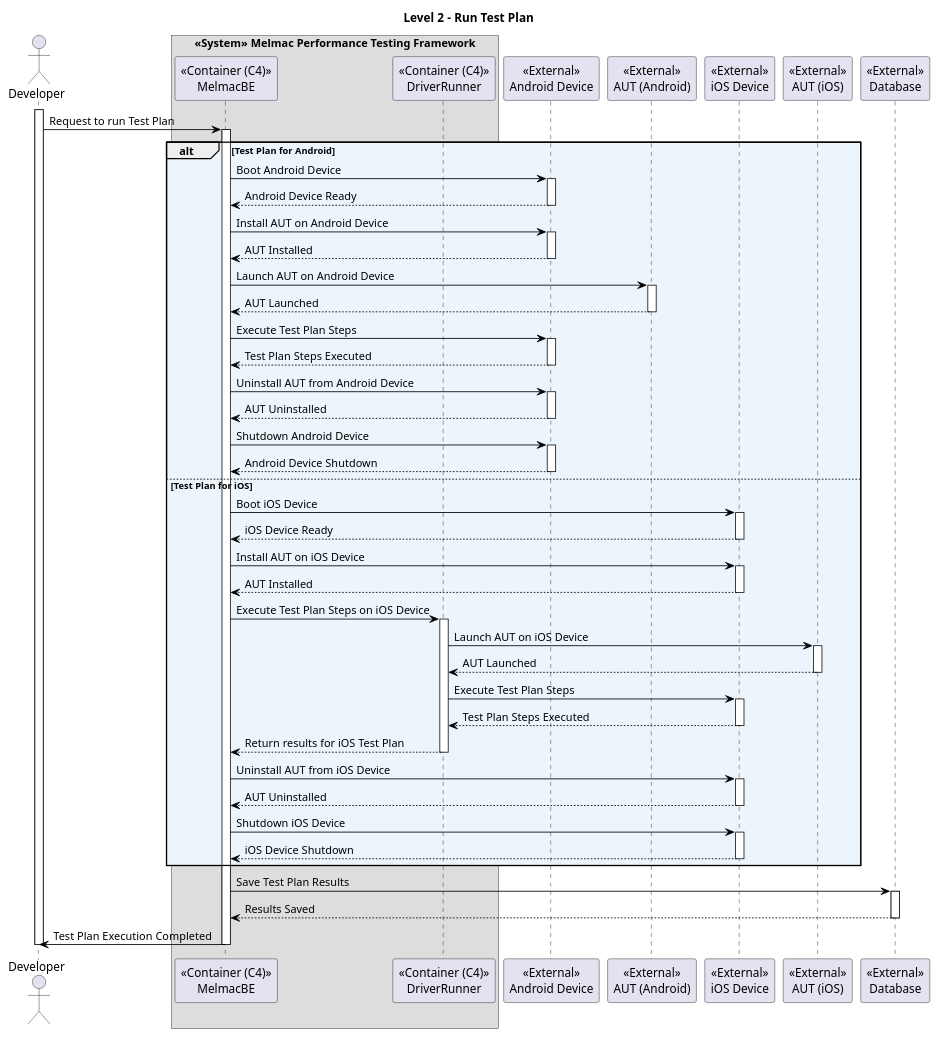
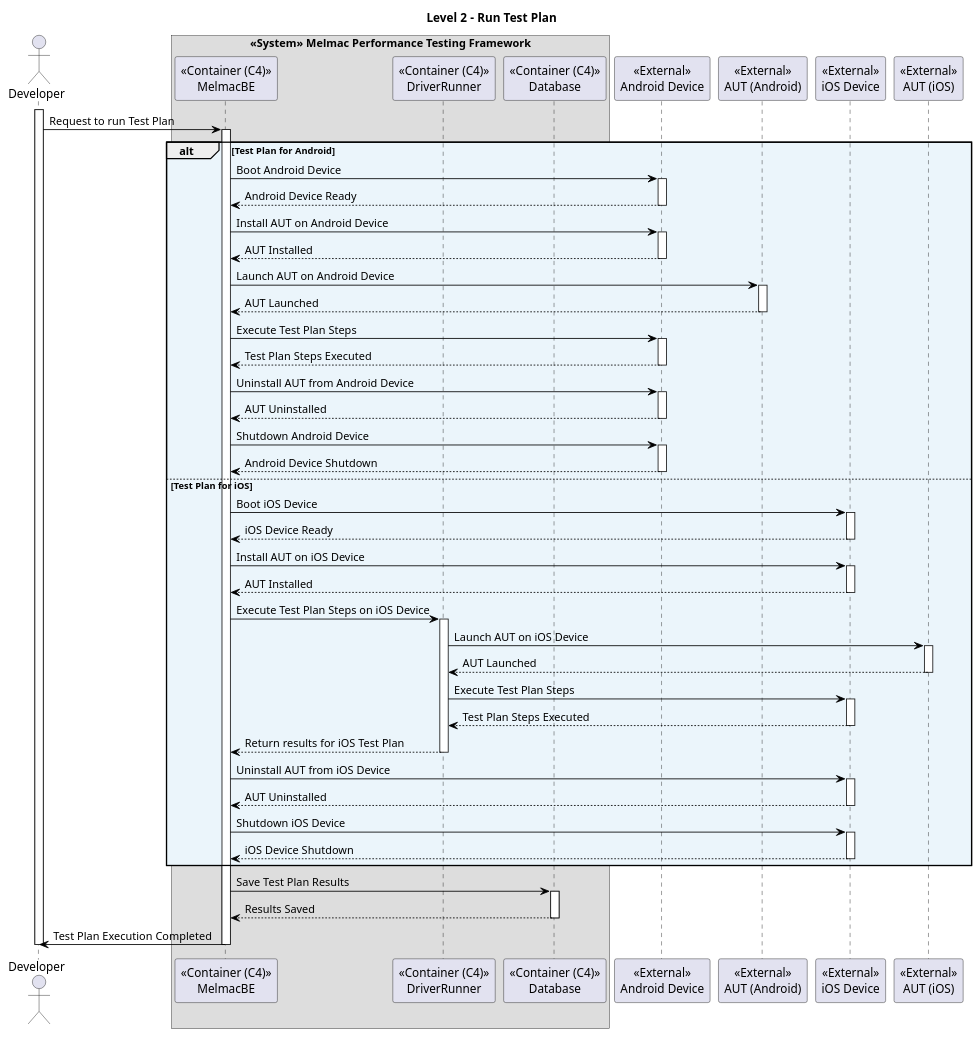
Before and after one commit to Mindera/Alfie-Melmac-Performance-Testing: the diagram in docs/use-cases/UC04/puml/L2-PV-UC04.puml, drawn with PlantUML. The commit also changed 31 other files, not shown here.

```diff
--- a/docs/use-cases/UC04/puml/L2-PV-UC04.puml
+++ b/docs/use-cases/UC04/puml/L2-PV-UC04.puml
@@ -1,97 +1,97 @@
 @startuml L2-PV-UC04
 
 title Level 2 - Run Test Plan
 
 hide empty members
 
 skinparam class {
     BackgroundColor<<valueObject>> #D6EAF8
     BackgroundColor<<root>> #FDEBD0
     BackgroundColor<<service>> #D1F2EB
     BackgroundColor #FEF9E7
     ArrowColor Black
 }
 
 skinparam package {
     BackgroundColor #EBF5FB
 }
 
 actor Developer as D
 
 box "<<System>> Melmac Performance Testing Framework"
     participant "<<Container (C4)>>\nMelmacBE" as BE
     participant "<<Container (C4)>>\nDriverRunner" as DriverRunner
+    participant "<<Container (C4)>>\nDatabase" as DB
 end box
 
 participant "<<External>>\nAndroid Device" as AndroidDevice
 participant "<<External>>\nAUT (Android)" as AUTA
 participant "<<External>>\niOS Device" as iOSDevice
 participant "<<External>>\nAUT (iOS)" as AUTI
-participant "<<External>>\nDatabase" as DB
 
 activate D
 D -> BE: Request to run Test Plan
 activate BE
 alt Test Plan for Android
     BE -> AndroidDevice: Boot Android Device
     activate AndroidDevice
     AndroidDevice --> BE: Android Device Ready
     deactivate AndroidDevice
     BE -> AndroidDevice: Install AUT on Android Device
     activate AndroidDevice
     AndroidDevice --> BE: AUT Installed
     deactivate AndroidDevice
     BE -> AUTA: Launch AUT on Android Device
     activate AUTA
     AUTA --> BE: AUT Launched
     deactivate AUTA
     BE -> AndroidDevice: Execute Test Plan Steps
     activate AndroidDevice
     AndroidDevice --> BE: Test Plan Steps Executed
     deactivate AndroidDevice
     BE -> AndroidDevice: Uninstall AUT from Android Device
     activate AndroidDevice
     AndroidDevice --> BE: AUT Uninstalled
     deactivate AndroidDevice
     BE -> AndroidDevice: Shutdown Android Device
     activate AndroidDevice
     AndroidDevice --> BE: Android Device Shutdown
     deactivate AndroidDevice
 else Test Plan for iOS
     BE -> iOSDevice: Boot iOS Device
     activate iOSDevice
     iOSDevice --> BE: iOS Device Ready
     deactivate iOSDevice
     BE -> iOSDevice: Install AUT on iOS Device
     activate iOSDevice
     iOSDevice --> BE: AUT Installed
     deactivate iOSDevice
     BE -> DriverRunner: Execute Test Plan Steps on iOS Device
     activate DriverRunner
     DriverRunner -> AUTI: Launch AUT on iOS Device
     activate AUTI
     AUTI --> DriverRunner: AUT Launched
     deactivate AUTI
     DriverRunner -> iOSDevice: Execute Test Plan Steps
     activate iOSDevice
     iOSDevice --> DriverRunner: Test Plan Steps Executed
     deactivate iOSDevice
     DriverRunner --> BE: Return results for iOS Test Plan
     deactivate DriverRunner
     BE -> iOSDevice: Uninstall AUT from iOS Device
     activate iOSDevice
     iOSDevice --> BE: AUT Uninstalled
     deactivate iOSDevice
     BE -> iOSDevice: Shutdown iOS Device
     activate iOSDevice
     iOSDevice --> BE: iOS Device Shutdown
     deactivate iOSDevice
     end alt
 BE -> DB: Save Test Plan Results
 activate DB
 DB --> BE: Results Saved
 deactivate DB
 BE -> D: Test Plan Execution Completed
 deactivate BE
 deactivate D
 @enduml
```
